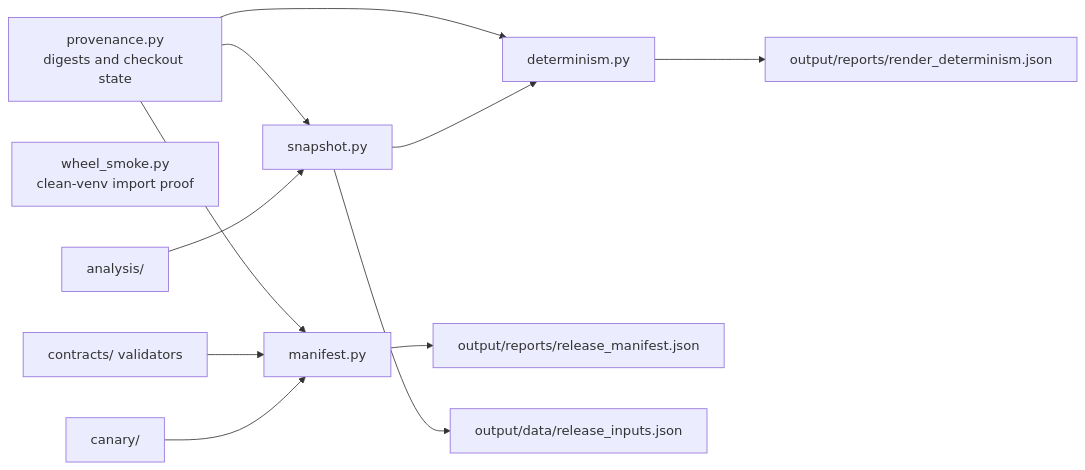
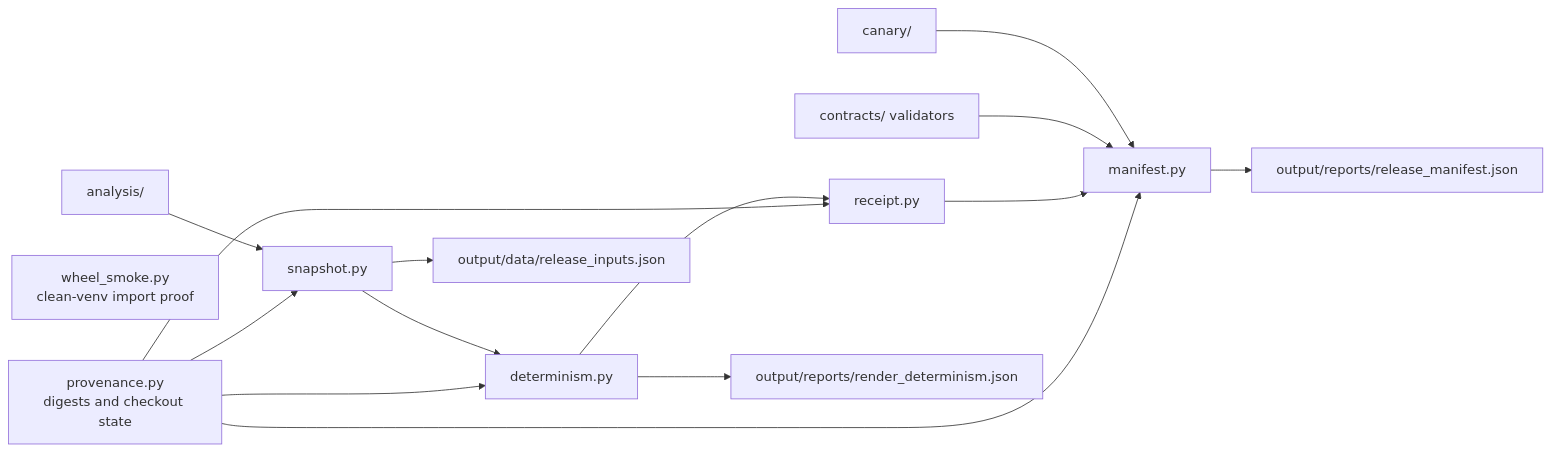
One commit to docxology/red_line changed the diagram in src/red_line/release/README.md. Above: the diagram before and after it, drawn with Mermaid. The commit also changed other lines of this file and 35 other files, not shown here.

````diff
--- a/src/red_line/release/README.md
+++ b/src/red_line/release/README.md
@@ -7,14 +7,17 @@
 ```mermaid
 flowchart LR
   provenance["provenance.py<br/>digests and checkout state"] --> snapshot["snapshot.py"]
   provenance --> manifest["manifest.py"]
   provenance --> determinism["determinism.py"]
   wheel_smoke["wheel_smoke.py<br/>clean-venv import proof"]
   snapshot --> determinism
+  provenance --> receipt["receipt.py"]
+  determinism --> receipt
+  receipt --> manifest
   analysis["analysis/"] --> snapshot
   contracts["contracts/ validators"] --> manifest
   canary["canary/"] --> manifest
   manifest --> report["output/reports/release_manifest.json"]
   snapshot --> inputs["output/data/release_inputs.json"]
   determinism --> render["output/reports/render_determinism.json"]
 ```
````
